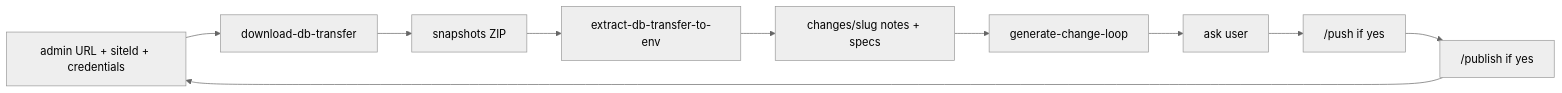
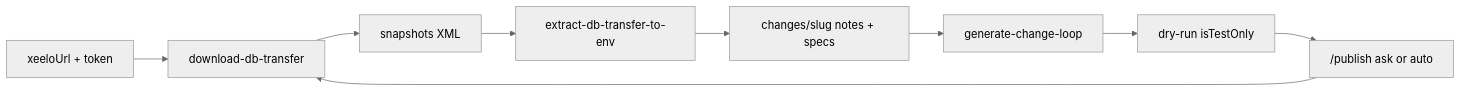
One commit to IntelStudios/xeelo-skills changed the diagram in AGENT.md. Above: the diagram before and after it, drawn with Mermaid (neutral theme). The commit also changed other lines of this file and 74 other files, not shown here.

Commit message:
GraphQL connection, publish loop, object messages, and tree icons

````diff
--- a/AGENT.md
+++ b/AGENT.md
@@ -40,12 +40,11 @@
 ```mermaid
 flowchart LR
-  Creds[admin URL + siteId + credentials] --> DL[download-db-transfer]
-  DL --> Snap[snapshots ZIP]
+  Creds["xeeloUrl + token"] --> DL[download-db-transfer]
+  DL --> Snap[snapshots XML]
   Snap --> Env[extract-db-transfer-to-env]
   Env --> Loop[changes/slug notes + specs]
   Loop --> OT[generate-change-loop]
-  OT --> Ask[ask user]
-  Ask --> Push["/push if yes"]
-  Push --> Pub["/publish if yes"]
-  Pub --> Creds
+  OT --> Test["dry-run isTestOnly"]
+  Test --> Pub["/publish ask or auto"]
+  Pub --> DL
 ```
````
